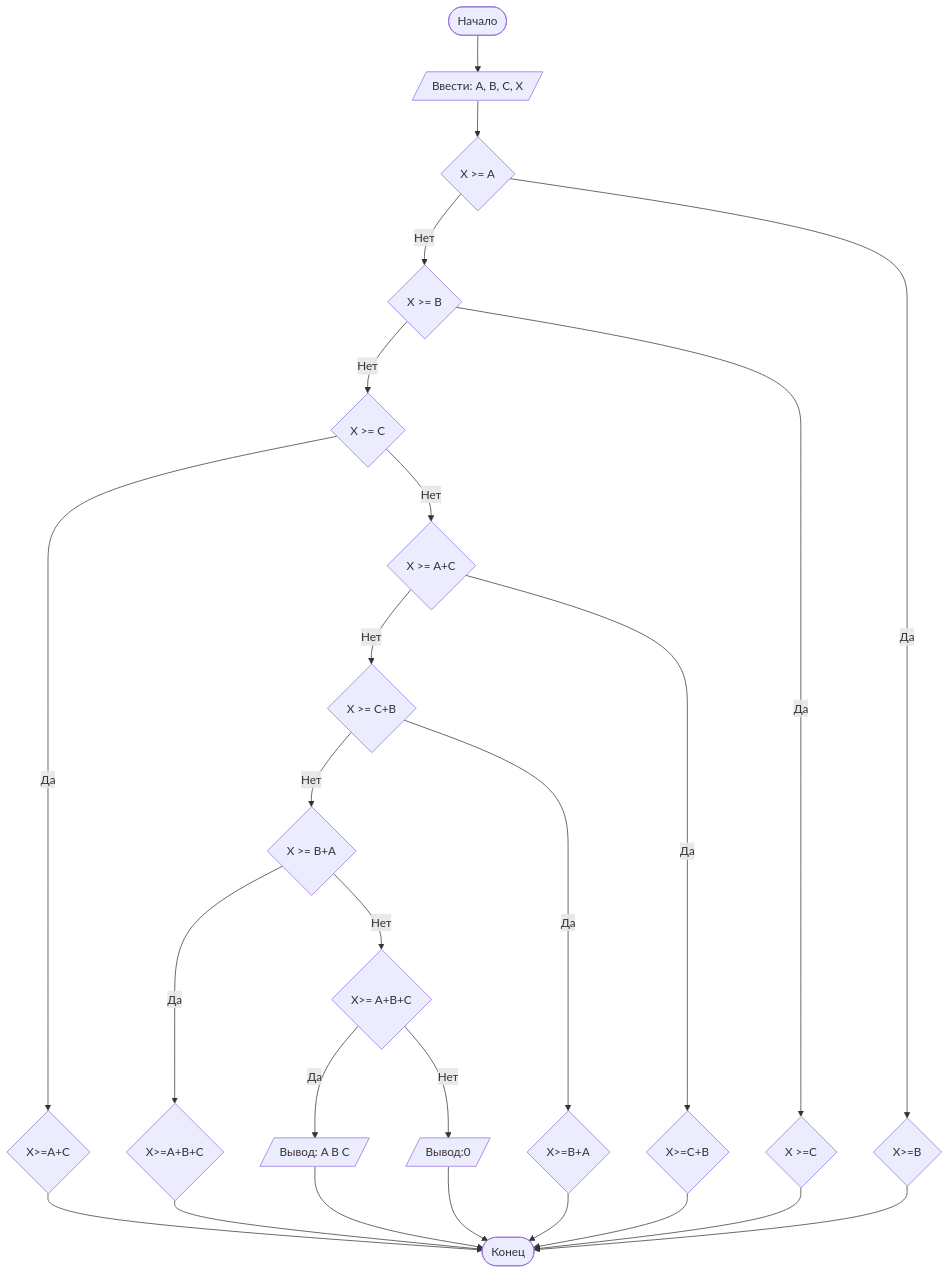
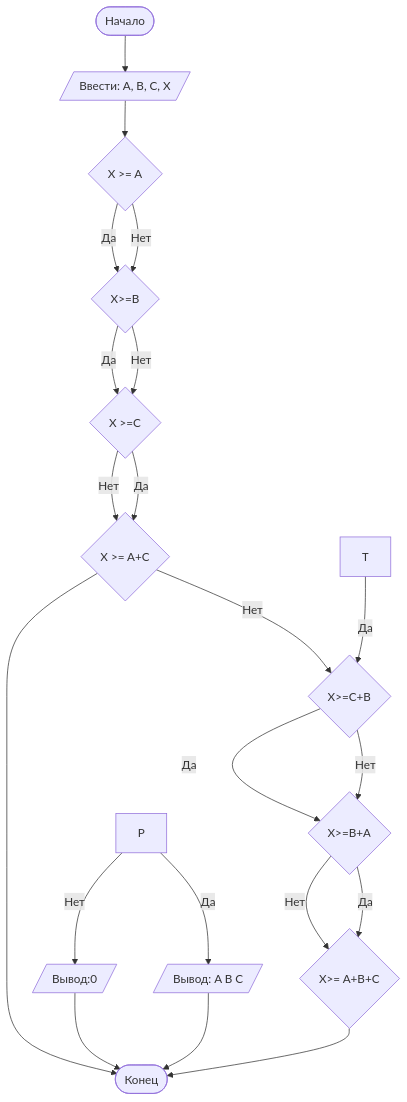
The diagram in README.md (nr41354-lang/Lab1), drawn with Mermaid before and after one commit. The commit also changed other lines of this file, not shown here.

````diff
--- a/README.md
+++ b/README.md
@@ -95,28 +95,24 @@
 ```mermaid
 graph TD
     A([Начало]) --> B[/Ввести: A, B, C, X/]
     B --> C{X >= A}
     C -- Нет --> D{X >= B}
     D -- Нет --> E{X >= C}
-    D -- Да --> H{X >=C}
-    C -- Да --> I{X>=B}
+    D -- Да --> E{X >=C}
+    C -- Да --> D{X>=B}
 E--Да--> J{X>=A+C}
-    E -- Нет --> T{X >= A+C}
-T--Нет--> K{X >= C+B}
+    E -- Нет --> J{X >= A+C}
+J--Нет--> K{X >= C+B}
 K--Нет--> L{X >= B+A}
-T--Да--> M{X>=C+B}
-K--Да--> N{X>=B+A}
+T--Да--> K{X>=C+B}
+K--Да--> L{X>=B+A}
 L--Да--> O{X>=A+B+C}
-L--Нет--> P{X>= A+B+C}
+L--Нет--> O{X>= A+B+C}
 P--Да--> Q[/Вывод: A B C/]
 P--Нет--> R[/Вывод:0/]
-M-->Z
-N-->Z
 O-->Z
 J-->Z
-I-->Z
-  H-->Z
     R --> Z
     Q --> Z([Конец])
 
 ```
````
